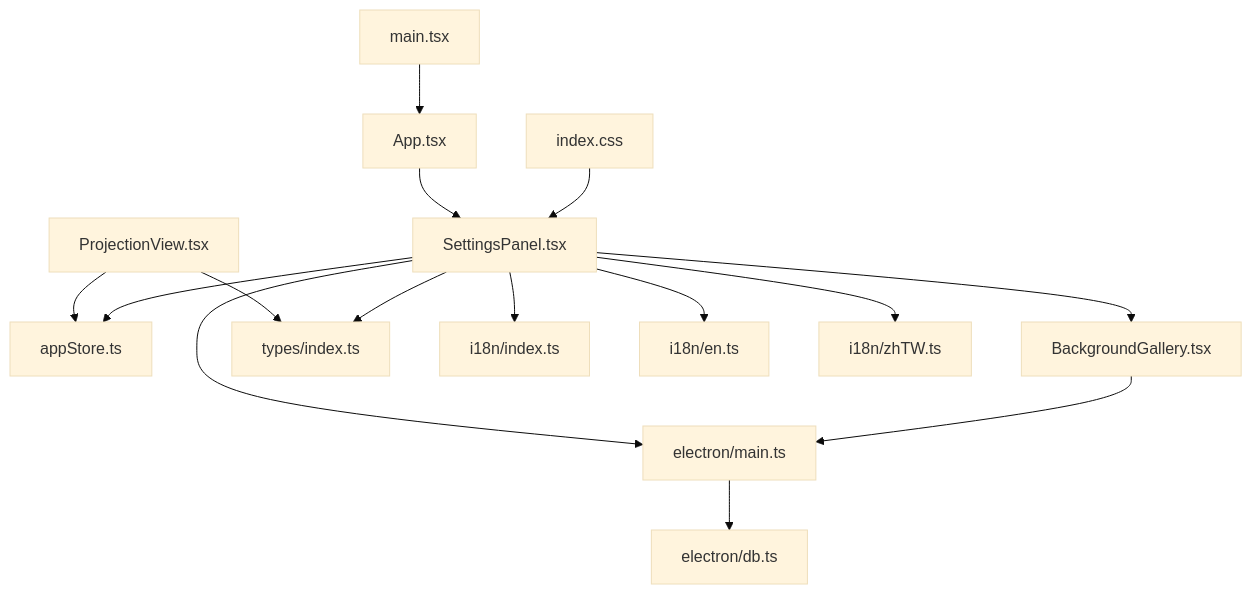
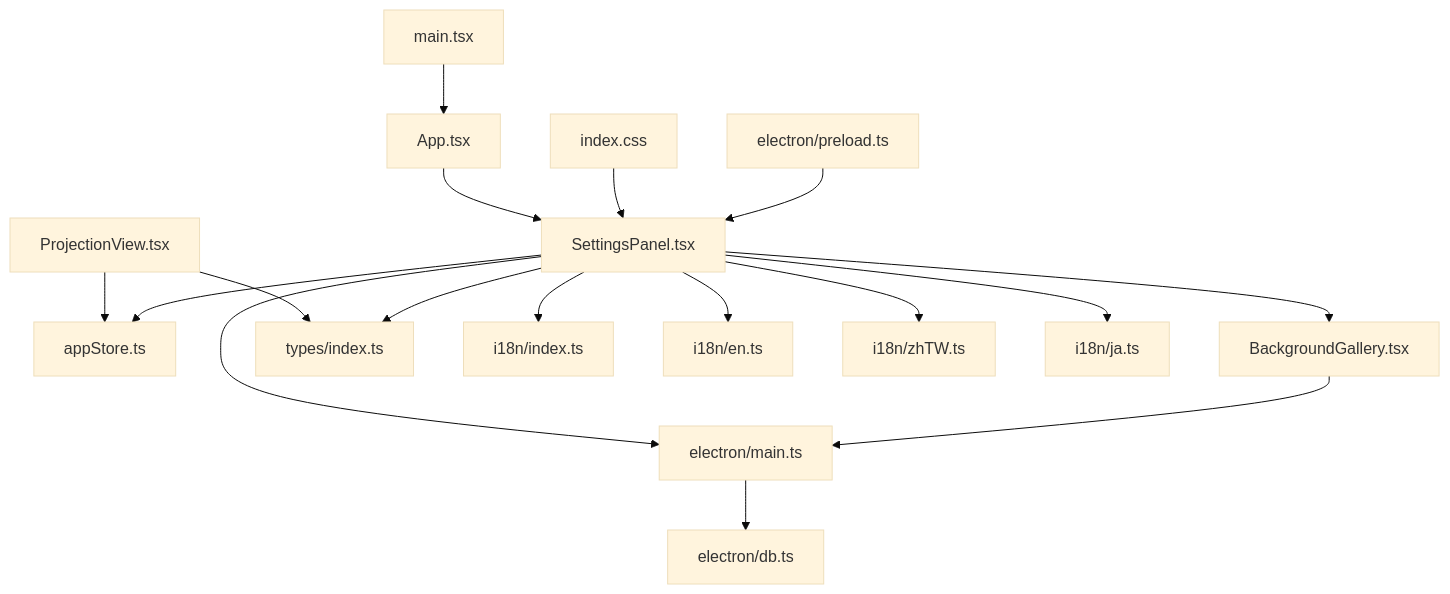
One commit to jimmywyk/lyricdeck changed the first of 12 diagrams in .qoder/repowiki/en/content/User Interface Components/Settings and Configuration Component.md. Above: the diagram before and after it, drawn with Mermaid (base theme). The commit also changed other lines of this file and 9 other files, not shown here.

````diff
--- a/.qoder/repowiki/en/content/User Interface Components/Settings and Configuration Component.md
+++ b/.qoder/repowiki/en/content/User Interface Components/Settings and Configuration Component.md
@@ -46,17 +52,19 @@
 ```mermaid
 graph TB
 SP["SettingsPanel.tsx"] --> AS["appStore.ts"]
 SP --> BG["BackgroundGallery.tsx"]
 SP --> T["types/index.ts"]
 SP --> I18N["i18n/index.ts"]
 SP --> I18N_EN["i18n/en.ts"]
 SP --> I18N_ZH["i18n/zhTW.ts"]
+SP --> I18N_JA["i18n/ja.ts"]
 PV["ProjectionView.tsx"] --> AS
 PV --> T
 E_MAIN["electron/main.ts"] --> E_DB["electron/db.ts"]
+E_PRELOAD["electron/preload.ts"] --> SP
 BG --> E_MAIN
 SP --> E_MAIN
 ICSS["index.css"] --> SP
 APP["App.tsx"] --> SP
 MAIN_APP["main.tsx"] --> APP
 ```
````
